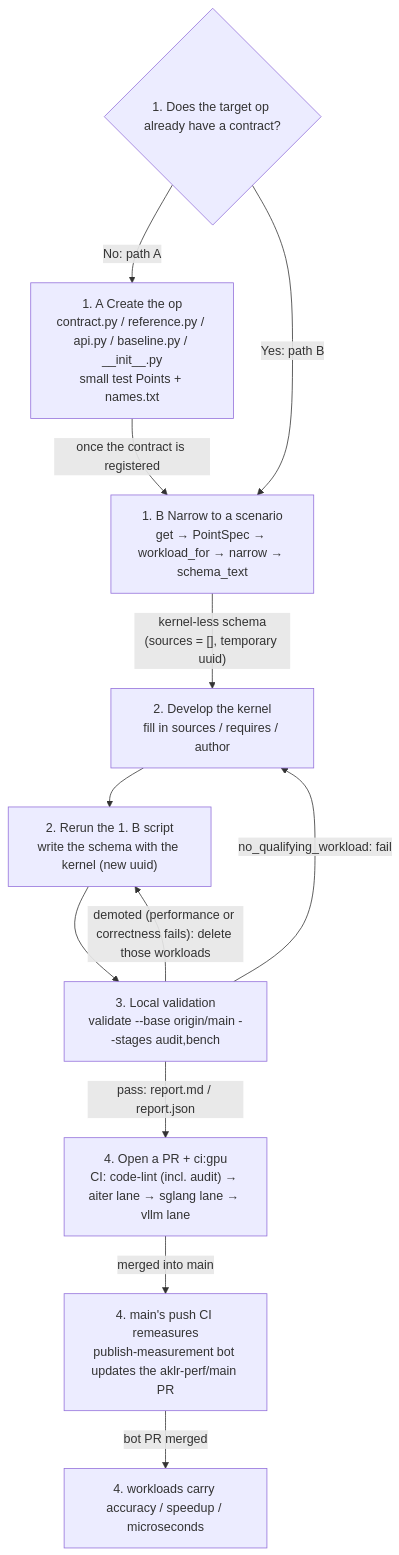
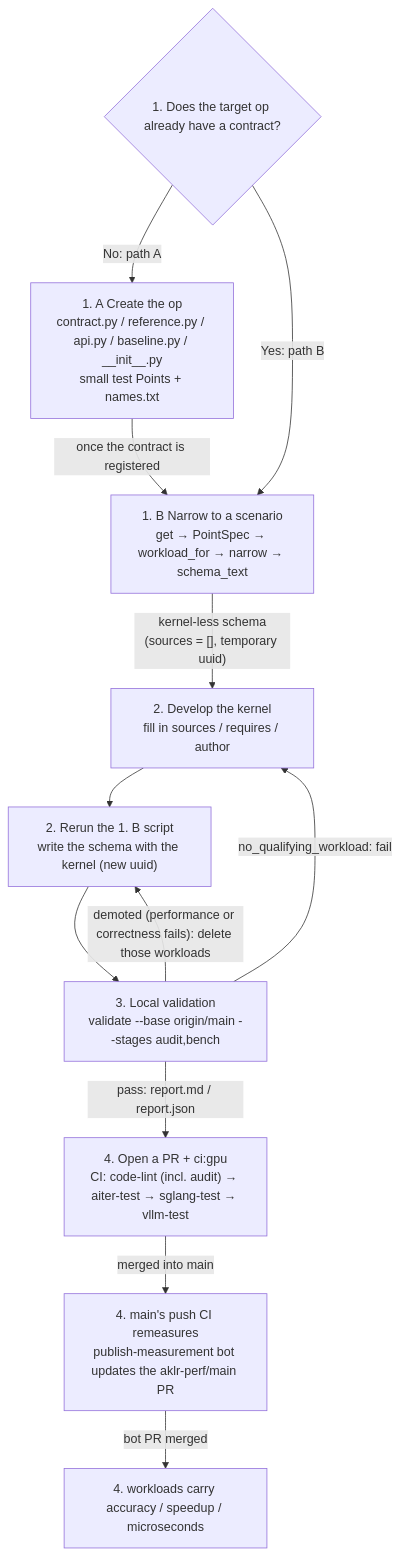
One commit to AMD-AGI/AKLR changed the diagram in docs/ops_tutorial.md. Above: the diagram before and after it, drawn with Mermaid. The commit also changed other lines of this file and 10 other files, not shown here.

First line of the commit message:
ci: name the GPU jobs aiter-test, sglang-test and vllm-test

````diff
--- a/docs/ops_tutorial.md
+++ b/docs/ops_tutorial.md
@@ -13,14 +13,14 @@
 ```mermaid
 flowchart TD
     S{"1. Does the target op already have a contract?"} -->|"No: path A"| A["1. A Create the op<br/>contract.py / reference.py / api.py / baseline.py / __init__.py<br/>small test Points + names.txt"]
     S -->|"Yes: path B"| B["1. B Narrow to a scenario<br/>get → PointSpec → workload_for → narrow → schema_text"]
     A -->|"once the contract is registered"| B
     B -->|"kernel-less schema<br/>(sources = [], temporary uuid)"| D["2. Develop the kernel<br/>fill in sources / requires / author"]
     D --> R["2. Rerun the 1. B script<br/>write the schema with the kernel (new uuid)"]
     R --> V["3. Local validation<br/>validate --base origin/main --stages audit,bench"]
     V -->|"no_qualifying_workload: fail"| D
     V -->|"demoted (performance or correctness fails): delete those workloads"| R
-    V -->|"pass: report.md / report.json"| P["4. Open a PR + ci:gpu<br/>CI: code-lint (incl. audit) → aiter lane → sglang lane → vllm lane"]
+    V -->|"pass: report.md / report.json"| P["4. Open a PR + ci:gpu<br/>CI: code-lint (incl. audit) → aiter-test → sglang-test → vllm-test"]
     P -->|"merged into main"| M["4. main's push CI remeasures<br/>publish-measurement bot updates the aklr-perf/main PR"]
     M -->|"bot PR merged"| N["4. workloads carry accuracy / speedup / microseconds"]
 ```
````
